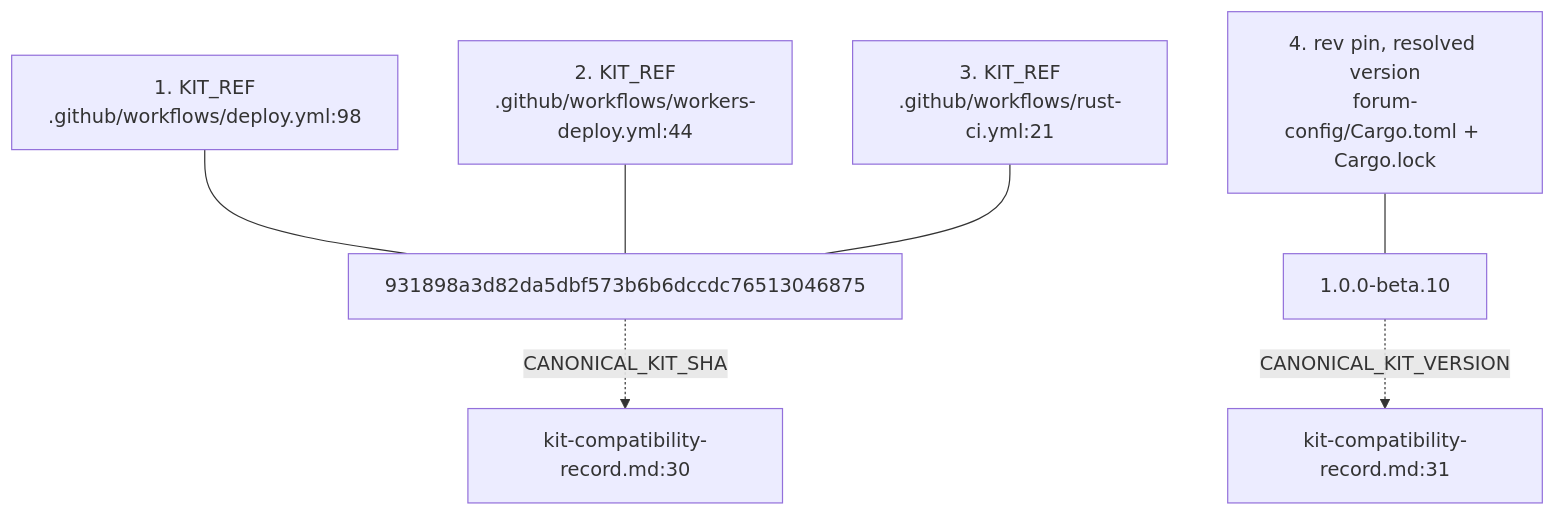
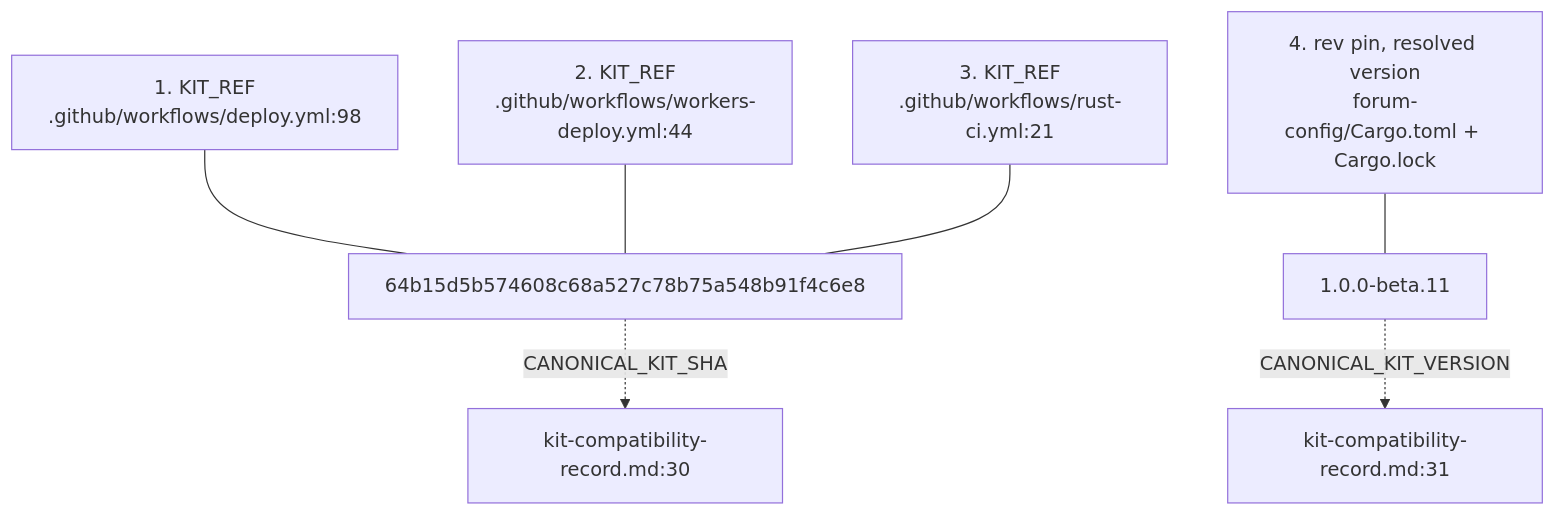
The fifth of 8 diagrams in docs/diagrams/dreamlab-ai-website/01-repo-composition-and-deploy-topology.md (DreamLab-AI/VisionFlow), drawn with Mermaid before and after one commit. The commit also changed other lines of this file and 11 other files, not shown here.

First line of the commit message:
docs(diagrams): audit the five light areas, and draw the proposed chain view

````diff
--- a/docs/diagrams/dreamlab-ai-website/01-repo-composition-and-deploy-topology.md
+++ b/docs/diagrams/dreamlab-ai-website/01-repo-composition-and-deploy-topology.md
@@ -75,9 +75,9 @@
 ```mermaid
 flowchart TB
-    A["1. KIT_REF<br/>.github/workflows/deploy.yml:98"] --- SHA["931898a3d82da5dbf573b6b6dccdc76513046875"]
+    A["1. KIT_REF<br/>.github/workflows/deploy.yml:98"] --- SHA["64b15d5b574608c68a527c78b75a548b91f4c6e8"]
     B["2. KIT_REF<br/>.github/workflows/workers-deploy.yml:44"] --- SHA
     C["3. KIT_REF<br/>.github/workflows/rust-ci.yml:21"] --- SHA
-    D["4. rev pin, resolved version<br/>forum-config/Cargo.toml + Cargo.lock"] --- VER["1.0.0-beta.10"]
+    D["4. rev pin, resolved version<br/>forum-config/Cargo.toml + Cargo.lock"] --- VER["1.0.0-beta.11"]
     SHA -.->|"CANONICAL_KIT_SHA"| REC["kit-compatibility-record.md:30"]
     VER -.->|"CANONICAL_KIT_VERSION"| REC2["kit-compatibility-record.md:31"]
 ```
````
